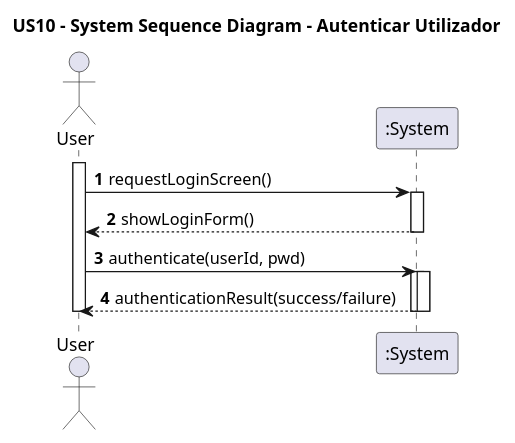
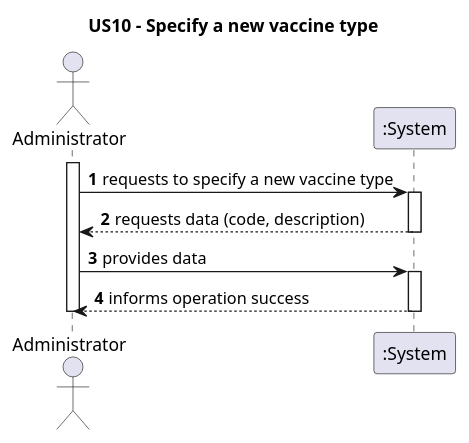
The diagram in docs/system-documentation/US10/puml/US10-SSD.puml (luluisfcm/leti-esoft-25-26-B5), drawn with PlantUML before and after one commit. The commit also changed 8 other files, not shown here.

```diff
--- a/docs/system-documentation/US10/puml/US10-SSD.puml
+++ b/docs/system-documentation/US10/puml/US10-SSD.puml
@@ -1,26 +1,30 @@
 @startuml
-'https://plantuml.com/sequence-diagram
+' US10-SSD.puml
+' Baseado na estrutura da imagem.png (template USXX-SSD.puml)
 
-title US10 - System Sequence Diagram - Autenticar Utilizador
+title US10 - Specify a new vaccine type
 
 autoactivate on
 autonumber
 
-actor "User" as User
+' Mapeado de User -> Administrator
+actor "Administrator" as Admin
+' Mapeado de :System
 participant ":System" as System
 
-activate User
+activate Admin
 
-User -> System: requestLoginScreen()
-System --> User: showLoginForm()
+' Mapeado de "Authentication request"
+Admin -> System: requests to specify a new vaccine type
 
-User -> System: authenticate(userId, pwd)
-activate System
+' Mapeado de "Authentication response"
+System --> Admin: requests data (code, description)
 
-' Validação interna do sistema (não detalhada aqui)
-System --> User: authenticationResult(success/failure)
+' Mapeado de "Another authentication request"
+Admin -> System: provides data
 
-deactivate System
-deactivate User
+' Mapeado de "Another authentication response"
+System --> Admin: informs operation success
 
+deactivate Admin
 @enduml
```
